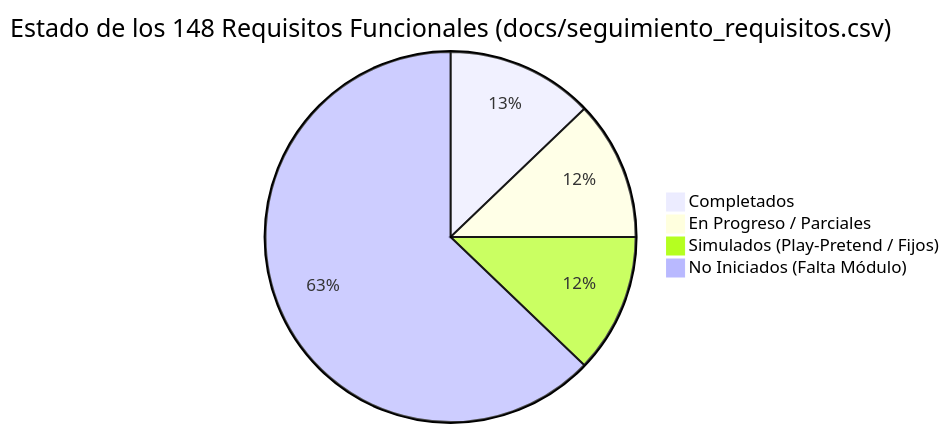
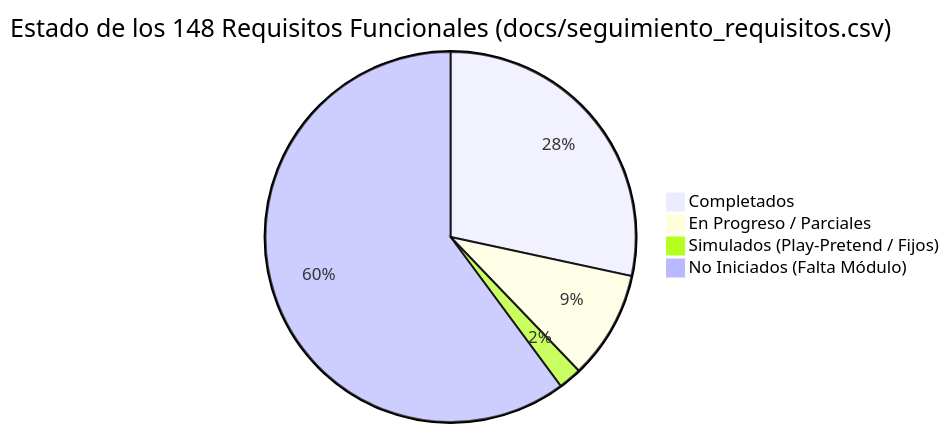
The first of 2 diagrams in ROADMAP.md (MatthewR54/Vivero), drawn with Mermaid before and after one commit. The commit also changed other lines of this file and 13 other files, not shown here.

````diff
--- a/ROADMAP.md
+++ b/ROADMAP.md
@@ -11,7 +11,7 @@
 ```mermaid
 pie title Estado de los 148 Requisitos Funcionales (docs/seguimiento_requisitos.csv)
-    "Completados" : 19
-    "En Progreso / Parciales" : 18
-    "Simulados (Play-Pretend / Fijos)" : 18
-    "No Iniciados (Falta Módulo)" : 93
+    "Completados" : 42
+    "En Progreso / Parciales" : 14
+    "Simulados (Play-Pretend / Fijos)" : 3
+    "No Iniciados (Falta Módulo)" : 89
 ```
````
